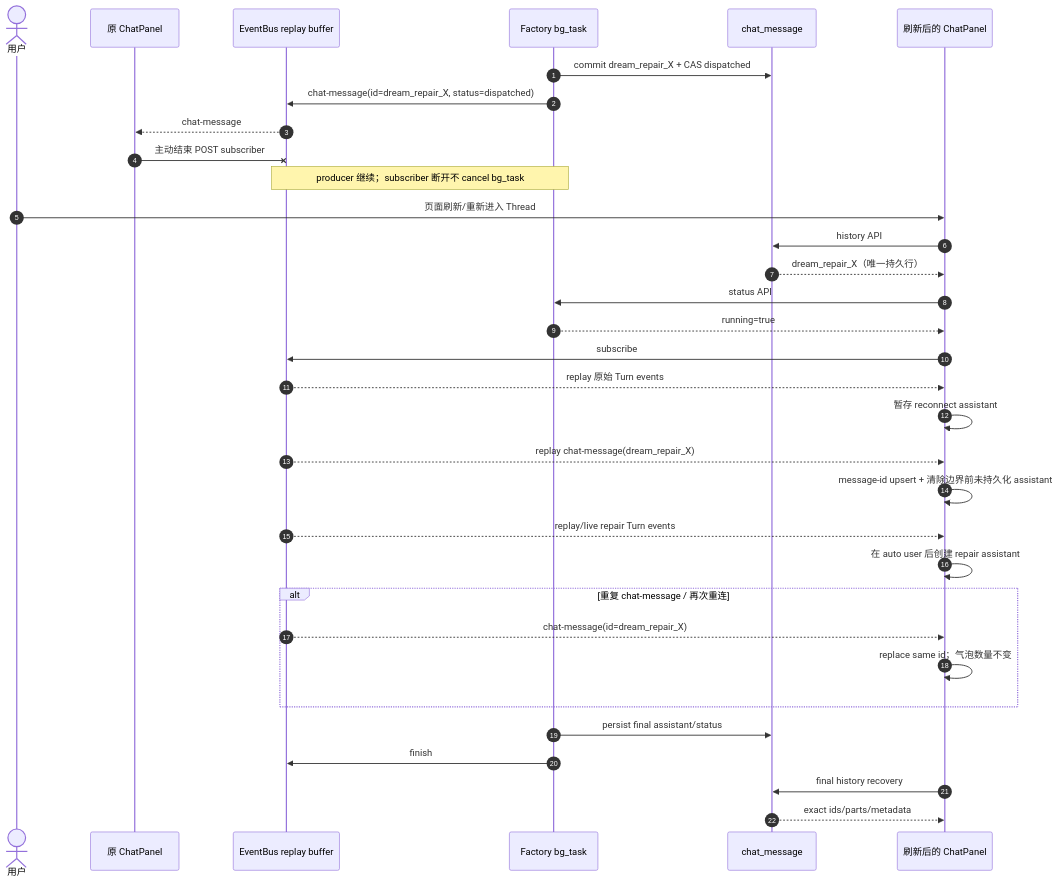
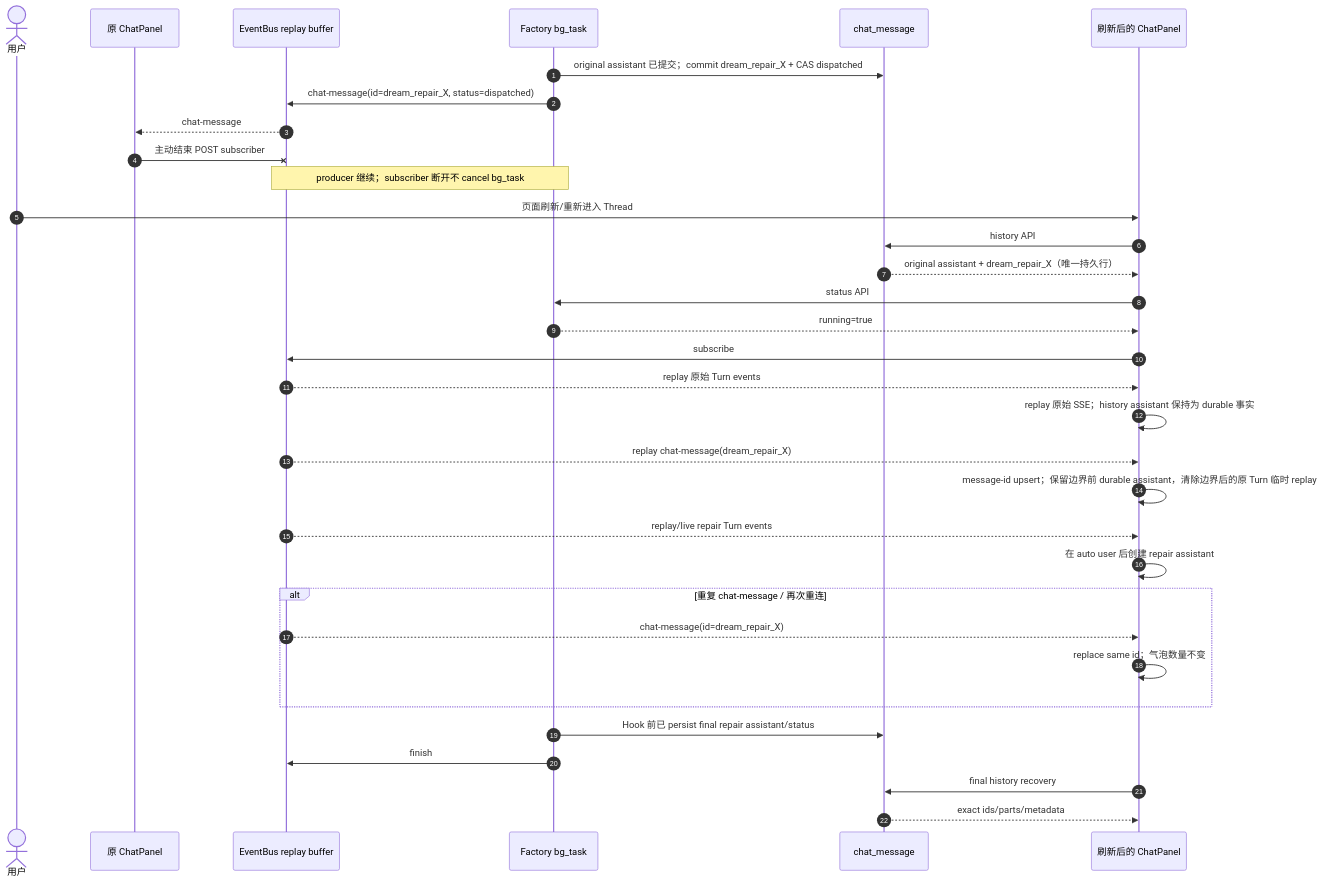
One commit to glide-the/im-dream changed the fifth of 5 diagrams in docs/design/claude-agent/dream-workbench-auto-repair-sequence.md. Above: the diagram before and after it, drawn with Mermaid. The commit also changed other lines of this file and 17 other files, not shown here.

Commit message:
fix(dream): persist assistant before post-hook

````diff
--- a/docs/design/claude-agent/dream-workbench-auto-repair-sequence.md
+++ b/docs/design/claude-agent/dream-workbench-auto-repair-sequence.md
@@ -226,39 +231,39 @@
 ```mermaid
 sequenceDiagram
     autonumber
     actor User as 用户
     participant UI1 as 原 ChatPanel
     participant Bus as EventBus replay buffer
     participant Producer as Factory bg_task
     participant DB as chat_message
     participant UI2 as 刷新后的 ChatPanel
 
-    Producer->>DB: commit dream_repair_X + CAS dispatched
+    Producer->>DB: original assistant 已提交；commit dream_repair_X + CAS dispatched
     Producer->>Bus: chat-message(id=dream_repair_X, status=dispatched)
     Bus-->>UI1: chat-message
     UI1-xBus: 主动结束 POST subscriber
     Note over Producer,Bus: producer 继续；subscriber 断开不 cancel bg_task
 
     User->>UI2: 页面刷新/重新进入 Thread
     UI2->>DB: history API
-    DB-->>UI2: dream_repair_X（唯一持久行）
+    DB-->>UI2: original assistant + dream_repair_X（唯一持久行）
     UI2->>Producer: status API
     Producer-->>UI2: running=true
     UI2->>Bus: subscribe
     Bus-->>UI2: replay 原始 Turn events
-    UI2->>UI2: 暂存 reconnect assistant
+    UI2->>UI2: replay 原始 SSE；history assistant 保持为 durable 事实
     Bus-->>UI2: replay chat-message(dream_repair_X)
-    UI2->>UI2: message-id upsert + 清除边界前未持久化 assistant
+    UI2->>UI2: message-id upsert；保留边界前 durable assistant，清除边界后的原 Turn 临时 replay
     Bus-->>UI2: replay/live repair Turn events
     UI2->>UI2: 在 auto user 后创建 repair assistant
 
     alt 重复 chat-message / 再次重连
         Bus-->>UI2: chat-message(id=dream_repair_X)
         UI2->>UI2: replace same id；气泡数量不变
     end
 
-    Producer->>DB: persist final assistant/status
+    Producer->>DB: Hook 前已 persist final repair assistant/status
     Producer->>Bus: finish
     UI2->>DB: final history recovery
     DB-->>UI2: exact ids/parts/metadata
 ```
````
